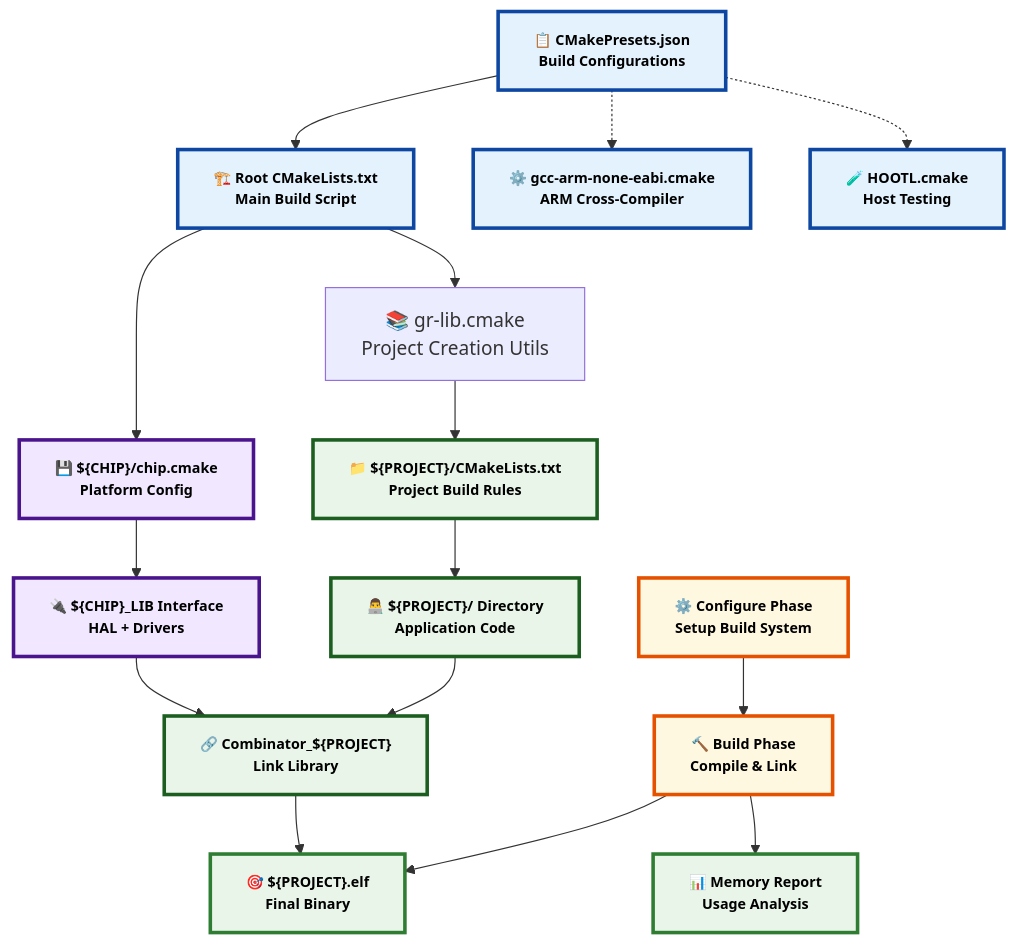
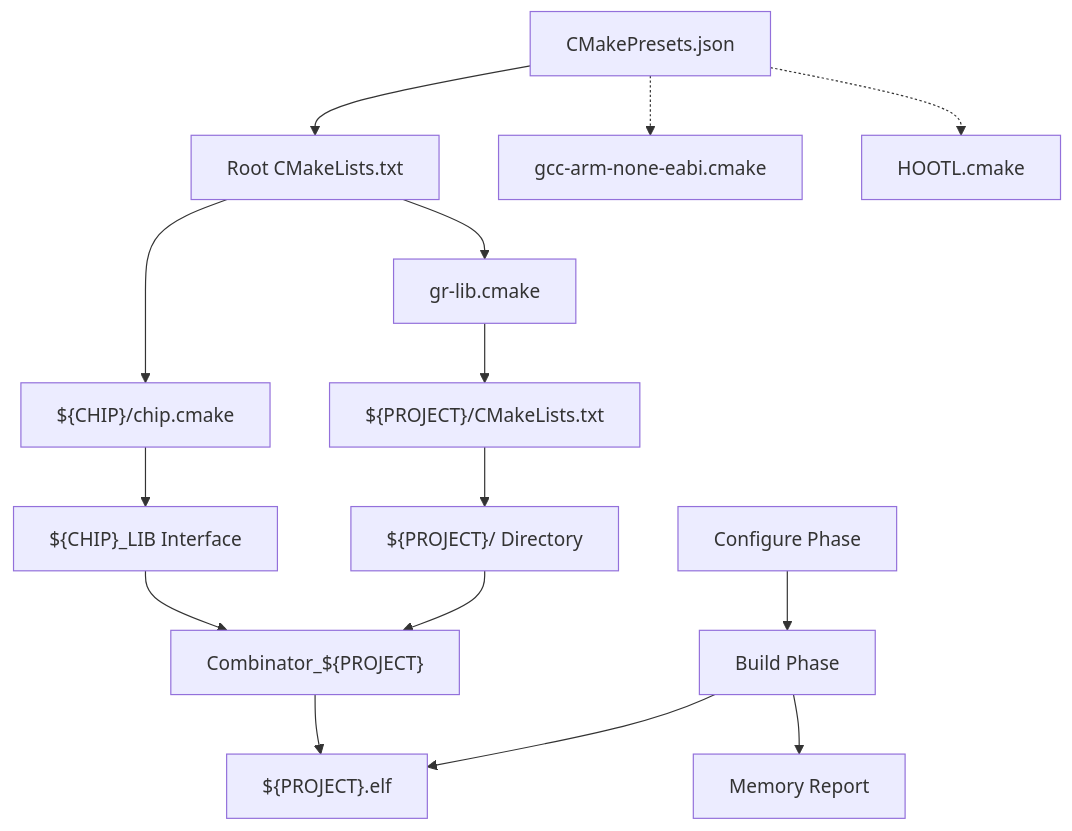
One commit to Gaucho-Racing/Firmware changed the diagram in CMAKE.md. Above: the diagram before and after it, drawn with Mermaid. The commit also changed other lines of this file, not shown here.

Commit message:
Update CMake documentation for clarity and structure

````diff
--- a/CMAKE.md
+++ b/CMAKE.md
@@ -44,41 +63,28 @@
 ```mermaid
 flowchart TD
-    %% Configuration Layer
-    Presets["📋 CMakePresets.json<br/>Build Configurations"] --> Root["🏗️ Root CMakeLists.txt<br/>Main Build Script"]
-    Presets -.-> Toolchain1["⚙️ gcc-arm-none-eabi.cmake<br/>ARM Cross-Compiler"]
-    Presets -.-> Toolchain2["🧪 HOOTL.cmake<br/>Host Testing"]
-    
-    %% Core Flow
-    Root --> GRLib["📚 gr-lib.cmake<br/>Project Creation Utils"]
-    Root --> ChipConfig["💾 ${CHIP}/chip.cmake<br/>Platform Config"]
-    
-    %% Platform & Project
-    GRLib --> ProjectCMake["📁 ${PROJECT}/CMakeLists.txt<br/>Project Build Rules"]
-    ChipConfig --> PlatformLib["🔌 ${CHIP}_LIB Interface<br/>HAL + Drivers"]
-    
-    %% Linking
-    ProjectCMake --> UserCode["👨‍💻 ${PROJECT}/ Directory<br/>Application Code"]
-    PlatformLib --> Combinator["🔗 Combinator_${PROJECT}<br/>Link Library"]
-    UserCode --> Combinator
-    
-    %% Output
-    Combinator --> Executable["🎯 ${PROJECT}.elf<br/>Final Binary"]
-    
-    %% Build Process
-    Configure["⚙️ Configure Phase<br/>Setup Build System"] --> Build["🔨 Build Phase<br/>Compile & Link"]
-    Build --> Memory["📊 Memory Report<br/>Usage Analysis"]
-    Build --> Executable
-    
-    %% Enhanced Styling with better contrast and readability
-    classDef config fill:#E3F2FD,stroke:#0D47A1,stroke-width:3px,color:#000000,font-weight:bold,font-size:12px
-    classDef platform fill:#F1E8FF,stroke:#4A148C,stroke-width:3px,color:#000000,font-weight:bold,font-size:12px
-    classDef project fill:#E8F5E8,stroke:#1B5E20,stroke-width:3px,color:#000000,font-weight:bold,font-size:12px
-    classDef build fill:#FFF8E1,stroke:#E65100,stroke-width:3px,color:#000000,font-weight:bold,font-size:12px
-    classDef output fill:#E8F5E8,stroke:#2E7D32,stroke-width:3px,color:#000000,font-weight:bold,font-size:12px
-    
-    class Presets,Root,Toolchain1,Toolchain2 config
-    class ChipConfig,PlatformLib platform
-    class ProjectCMake,UserCode,Combinator project
-    class Configure,Build build
-    class Executable,Memory output
+   %% Configuration Layer
+   Presets["CMakePresets.json"] --> Root["Root CMakeLists.txt"]
+   Presets -.-> Toolchain1["gcc-arm-none-eabi.cmake"]
+   Presets -.-> Toolchain2["HOOTL.cmake"]
+
+   %% Core Flow
+   Root --> GRLib["gr-lib.cmake"]
+   Root --> ChipConfig["${CHIP}/chip.cmake"]
+
+   %% Platform & Project
+   GRLib --> ProjectCMake["${PROJECT}/CMakeLists.txt"]
+   ChipConfig --> PlatformLib["${CHIP}_LIB Interface"]
+
+   %% Linking
+   ProjectCMake --> UserCode["${PROJECT}/ Directory"]
+   PlatformLib --> Combinator["Combinator_${PROJECT}"]
+   UserCode --> Combinator
+
+   %% Output
+   Combinator --> Executable["${PROJECT}.elf"]
+
+   %% Build Process
+   Configure["Configure Phase"] --> Build["Build Phase"]
+   Build --> Memory["Memory Report"]
+   Build --> Executable
 ```
````
